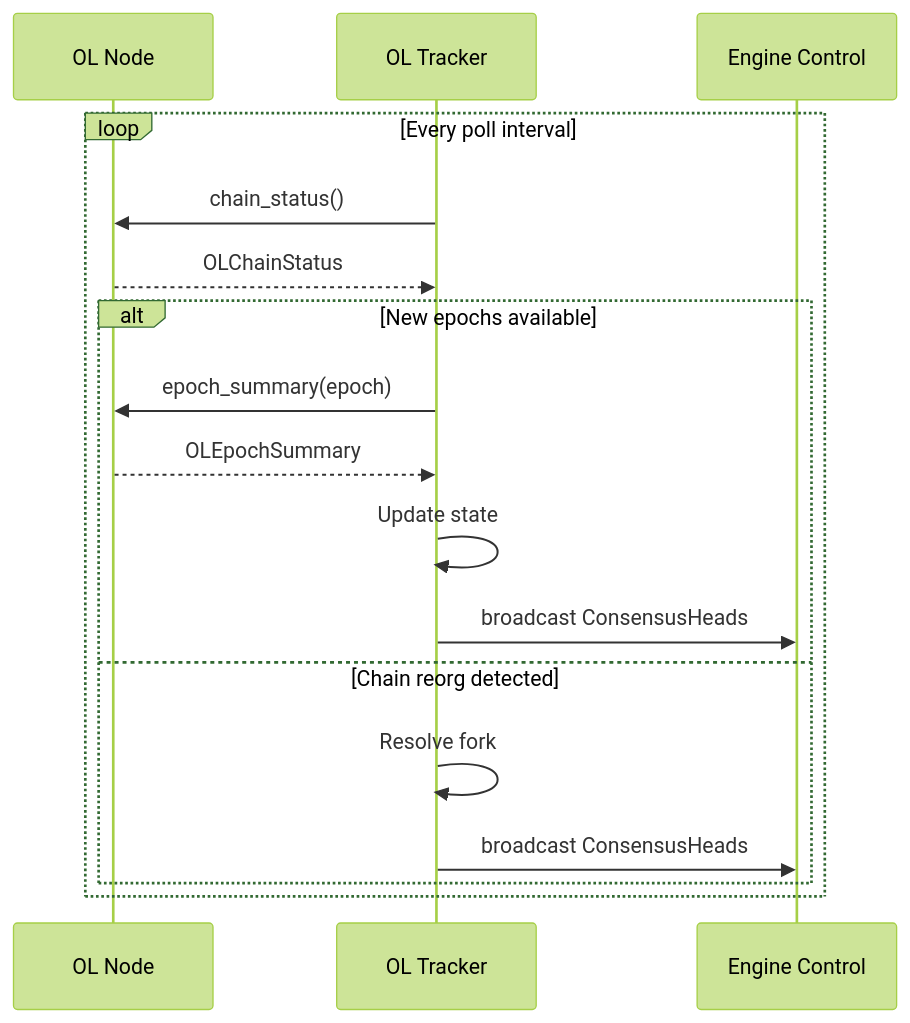
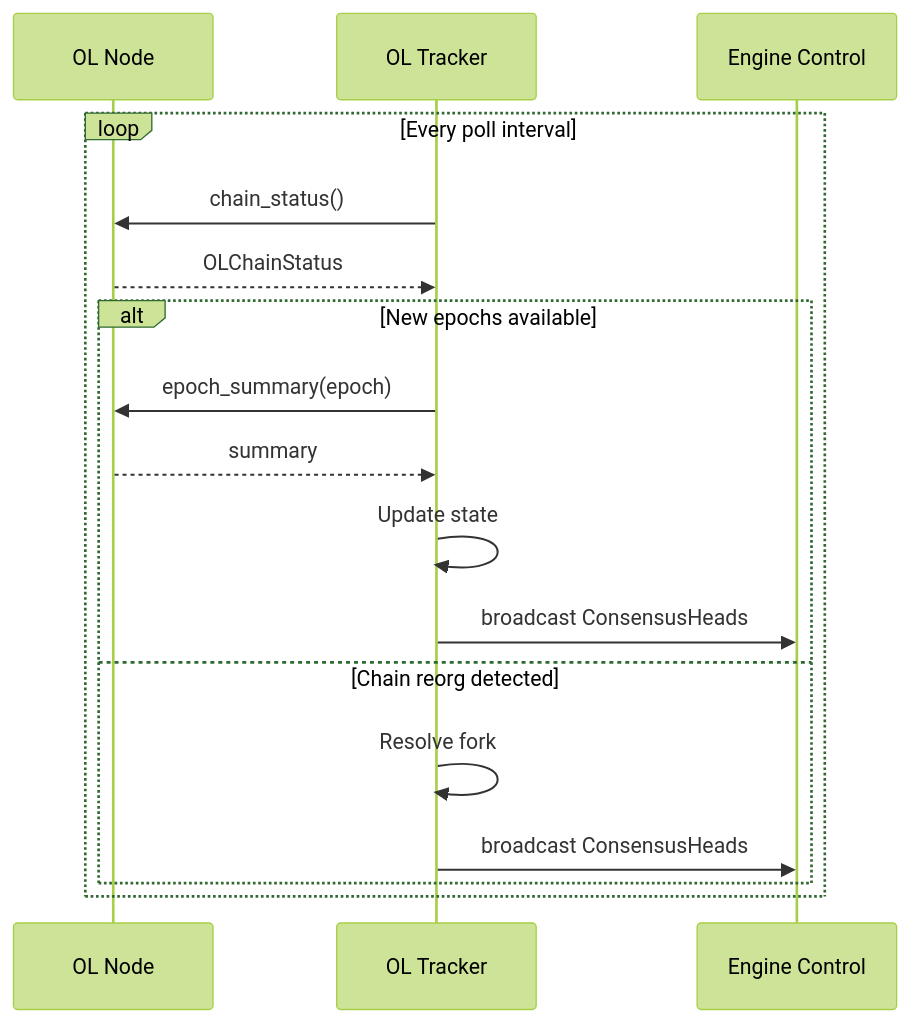
One commit to alpenlabs/alpen changed the second of 8 diagrams in bin/alpen-client/README.md. Above: the diagram before and after it, drawn with Mermaid (forest theme). The commit also changed other lines of this file, not shown here.

````diff
--- a/bin/alpen-client/README.md
+++ b/bin/alpen-client/README.md
@@ -205,21 +277,21 @@
 ```mermaid
 sequenceDiagram
     participant OL as OL Node
     participant OLT as OL Tracker
     participant EC as Engine Control
 
     loop Every poll interval
         OLT->>OL: chain_status()
         OL-->>OLT: OLChainStatus
 
         alt New epochs available
             OLT->>OL: epoch_summary(epoch)
-            OL-->>OLT: OLEpochSummary
+            OL-->>OLT: summary
             OLT->>OLT: Update state
             OLT->>EC: broadcast ConsensusHeads
         else Chain reorg detected
             OLT->>OLT: Resolve fork
             OLT->>EC: broadcast ConsensusHeads
         end
     end
 ```
````
